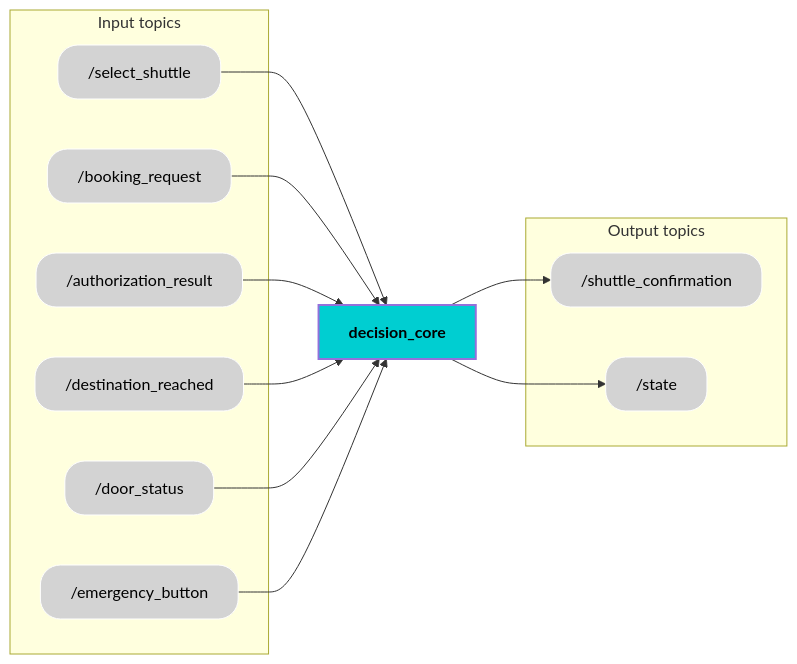
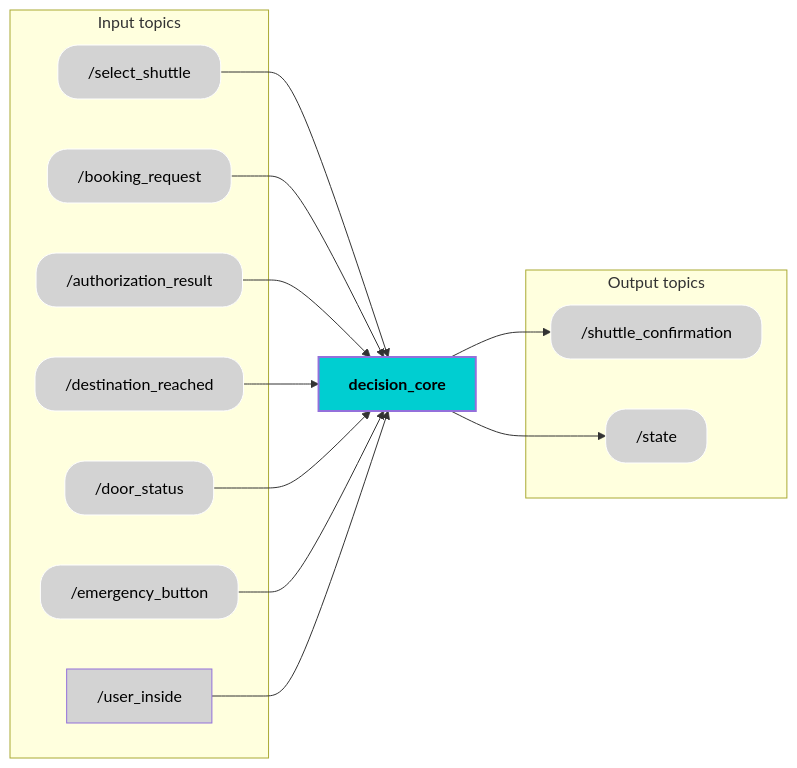
Before and after one commit to PaxAuto/decision_core: the diagram in README.md, drawn with Mermaid. The commit also changed other lines of this file and 2 other files, not shown here.

Commit message:
Updated README.md : updated interface(added new input /user_inside),updated state transition logic,updated livestate_visulization image,updated rqt image

````diff
--- a/README.md
+++ b/README.md
@@ -24,50 +24,53 @@
 ```mermaid
 graph LR
     subgraph Input topics
         EVSEAL["/select_shuttle"]:::grayEllipse
         MS["/booking_request"]:::grayEllipse
         SA["/authorization_result"]:::grayEllipse
         GF["/destination_reached"]:::grayEllipse
         AA["/door_status"]:::grayEllipse
         AB["/emergency_button"]:::grayEllipse
+        AC["/user_inside"]:::grayEllipse
 
     end
 
     EM["decision_core"]:::cyanEllipse
 
     EVSEAL --> EM
     MS --> EM
     SA --> EM
     GF --> EM
     AA --> EM
     AB --> EM
+    AC --> EM
     EM --> DC
     EM --> BF
 
     subgraph Output topics
         DC["/shuttle_confirmation"]:::grayEllipse
         BF["/state"]:::grayEllipse
     end
 
     %% Ellipse shape class
     classDef soft_rectangle stroke:#FFFFFF,rx:20,ry:20;
     classDef component font-weight:bold,stroke-width:2px;
 
     %% Cyan for path planner
     classDef cyanEllipse fill:#00CED1, color:#000000;
 
     %% Gray for others
     classDef grayEllipse fill:#D3D3D3, color:#000000;
 
     %% Apply ellipse shape to each node
     class EVSEAL soft_rectangle;
     class MS soft_rectangle;
     class SA soft_rectangle;
     class GF soft_rectangle;
     class AA soft_rectangle;
     class AB soft_rectangle;
+    class Ac soft_rectangle;
 
     class DC soft_rectangle;
     class BF soft_rectangle;
     class EM component;
 ```
````
